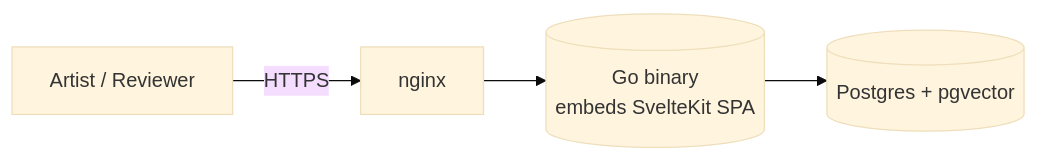
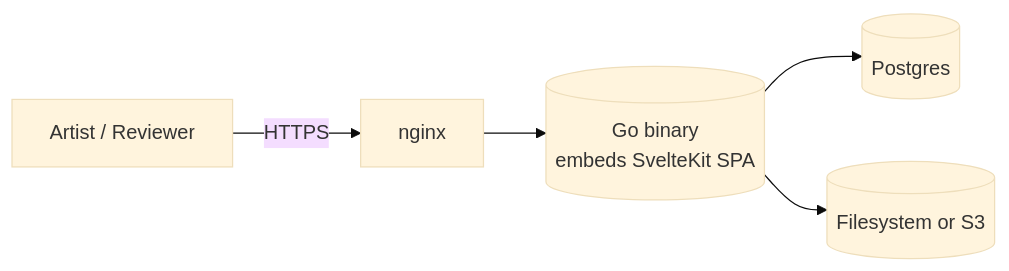
The diagram in site/src/content/docs/index.mdx (Artist-Alley-Org/artist-alley), drawn with Mermaid (base theme) before and after one commit. The commit also changed other lines of this file and 14 other files, not shown here.

First line of the commit message:
docs+ci: refresh site copy, add roadmap, auto-generate install config, port 18188

````diff
--- a/site/src/content/docs/index.mdx
+++ b/site/src/content/docs/index.mdx
@@ -41,7 +49,8 @@
 ```mermaid
 flowchart LR
   artist[Artist / Reviewer]
   artist -->|HTTPS| nginx[nginx]
   nginx --> app[(Go binary<br/>embeds SvelteKit SPA)]
-  app --> pg[(Postgres + pgvector)]
+  app --> pg[(Postgres)]
+  app --> blob[(Filesystem or S3)]
 ```
````
